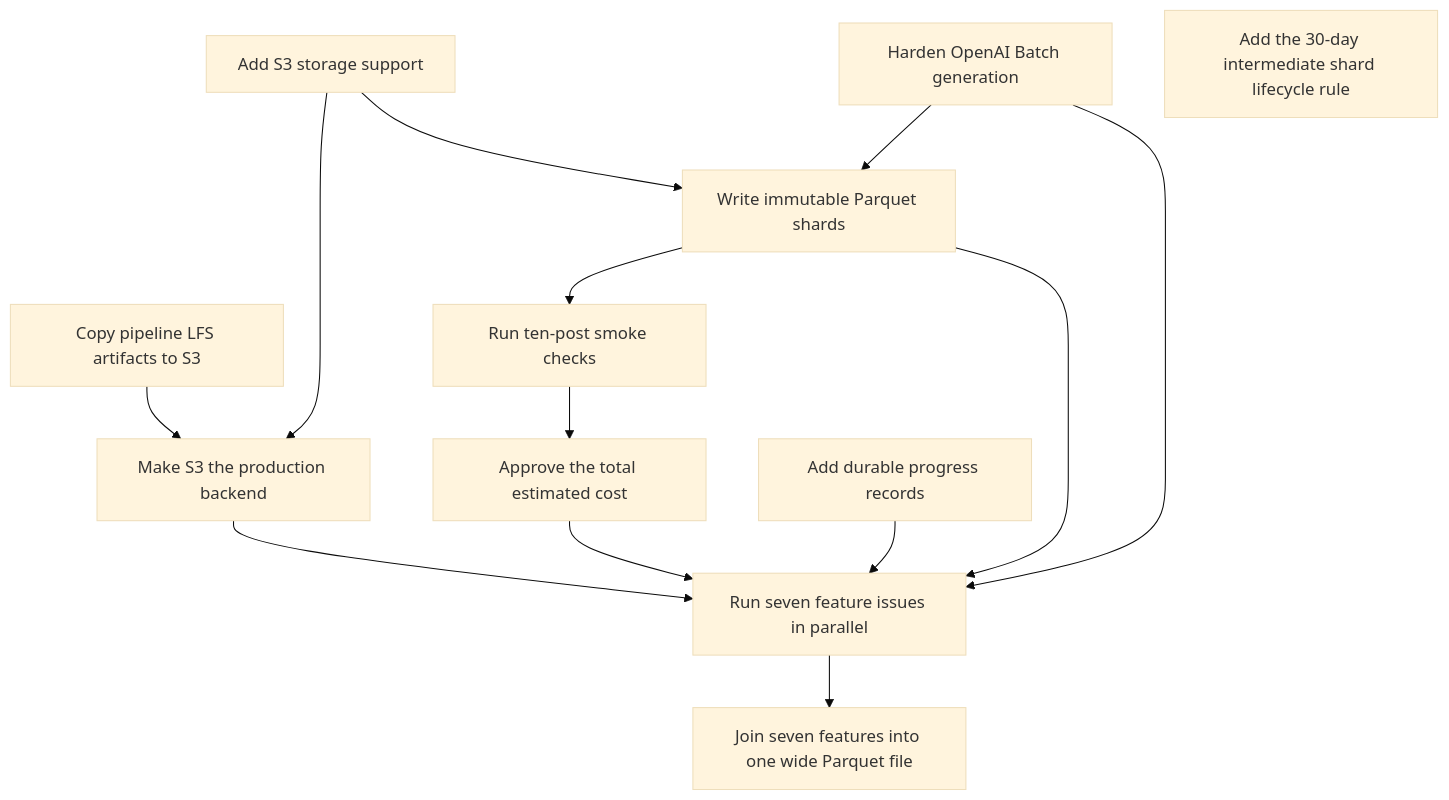
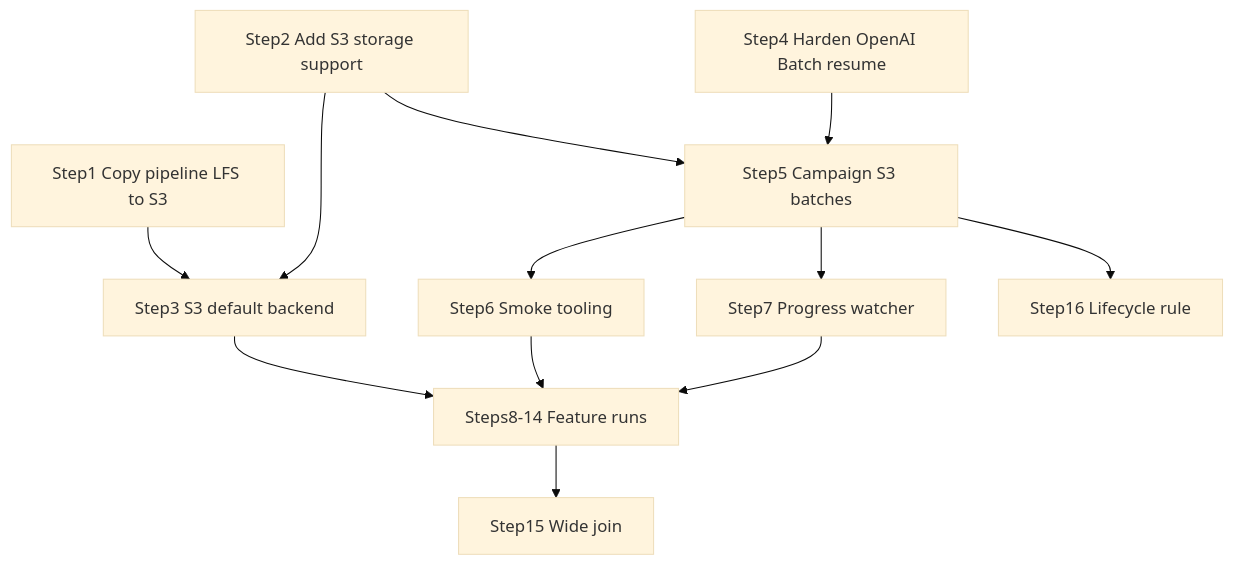
Before and after one commit to METResearchGroup/mirrorView-task: the diagram in docs/plans/2026-09-05_generate_bluesky_llm_features_4d8a7c/plan.md, drawn with Mermaid (base theme). The commit also changed other lines of this file and 17 other files, not shown here.

Commit message:
docs: unify Bluesky feature campaign specifications

````diff
--- a/docs/plans/2026-09-05_generate_bluesky_llm_features_4d8a7c/plan.md
+++ b/docs/plans/2026-09-05_generate_bluesky_llm_features_4d8a7c/plan.md
@@ -21,16 +21,17 @@
 ```mermaid
 flowchart TD
-    A[Copy pipeline LFS artifacts to S3] --> C[Make S3 the production backend]
-    B[Add S3 storage support] --> C
-    D[Harden OpenAI Batch generation] --> E[Write immutable Parquet shards]
-    B --> E
-    E --> F[Run ten-post smoke checks]
-    F --> G[Approve the total estimated cost]
-    C --> H[Run seven feature issues in parallel]
-    D --> H
-    E --> H
+    A[Step1 Copy pipeline LFS to S3]
+    B[Step2 Add S3 storage support]
+    D[Step4 Harden OpenAI Batch resume]
+    A --> C[Step3 S3 default backend]
+    B --> C
+    B --> E[Step5 Campaign S3 batches]
+    D --> E
+    E --> F[Step6 Smoke tooling]
+    E --> G[Step7 Progress watcher]
+    C --> H[Steps8-14 Feature runs]
+    F --> H
     G --> H
-    I[Add durable progress records] --> H
-    H --> J[Join seven features into one wide Parquet file]
-    K[Add the 30-day intermediate shard lifecycle rule]
+    H --> J[Step15 Wide join]
+    E --> K[Step16 Lifecycle rule]
 ```
````
